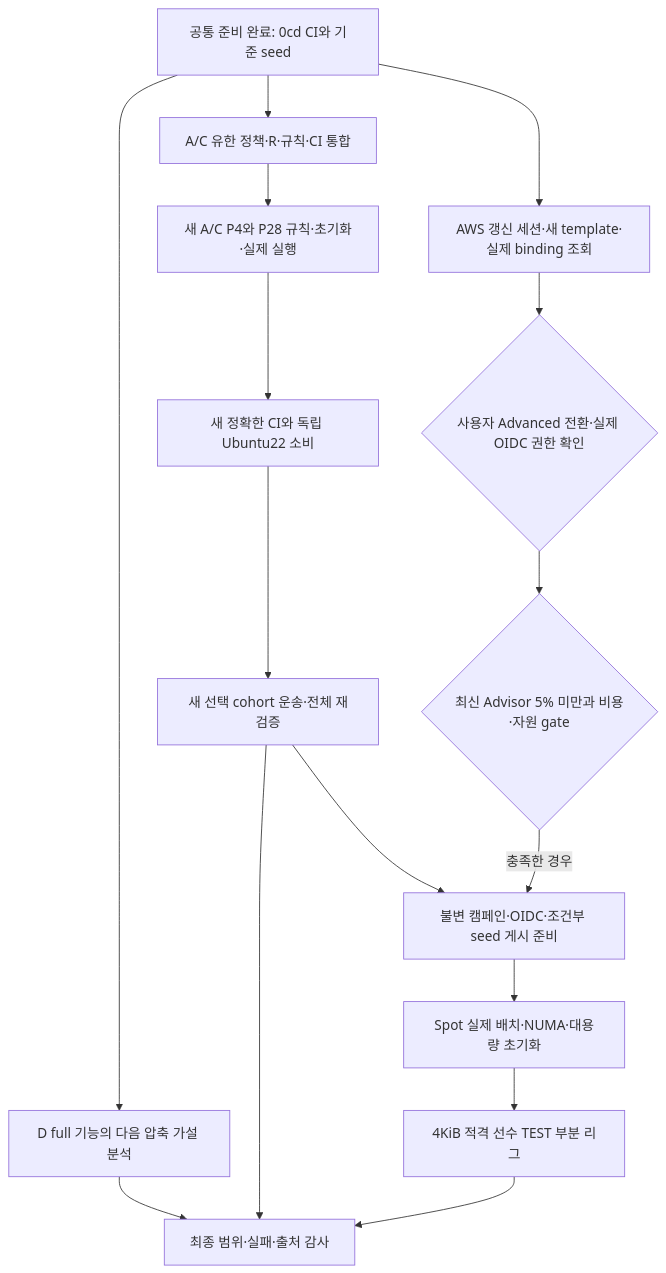
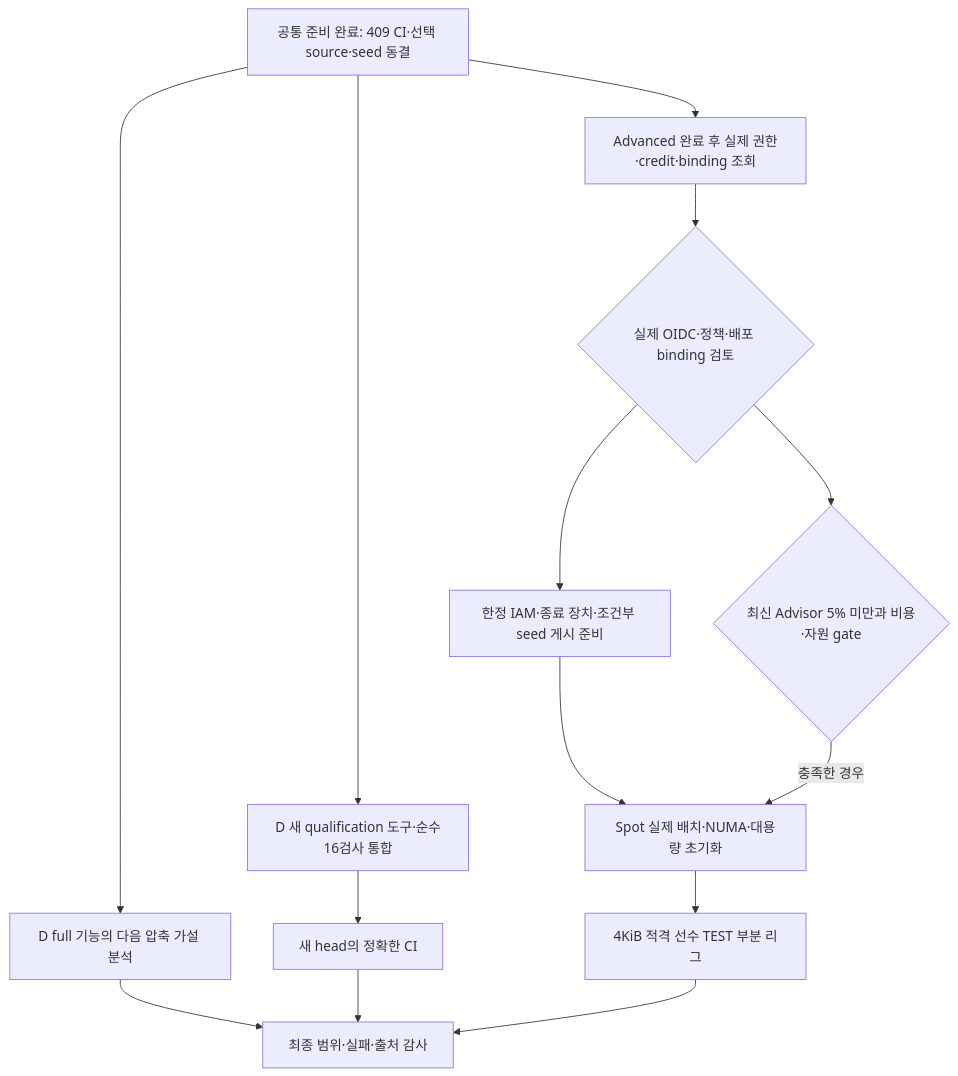
Before and after one commit to daejunnom/Rove4k: the fourth of 4 diagrams in docs/ENGINE-PLAN.ko.md, drawn with Mermaid. The commit also changed other lines of this file and 5 other files, not shown here.

````diff
--- a/docs/ENGINE-PLAN.ko.md
+++ b/docs/ENGINE-PLAN.ko.md
@@ -570,18 +593,16 @@
 ```mermaid
 flowchart TD
-  P[공통 준비 완료: 0cd CI와 기준 seed] --> S[A/C 유한 정책·R·규칙·CI 통합]
+  P[공통 준비 완료: 409 CI·선택 source·seed 동결] --> S[D 새 qualification 도구·순수16검사 통합]
   P --> D[D full 기능의 다음 압축 가설 분석]
-  P --> B[AWS 갱신 세션·새 template·실제 binding 조회]
-  S --> V[새 A/C P4와 P28 규칙·초기화·실제 실행]
-  V --> C[새 정확한 CI와 독립 Ubuntu22 소비]
-  C --> T[새 선택 cohort 운송·전체 재검증]
-  B --> Q{사용자 Advanced 전환·실제 OIDC 권한 확인}
+  P --> B[Advanced 완료 후 실제 권한·credit·binding 조회]
+  S --> C[새 head의 정확한 CI]
+  B --> Q{실제 OIDC·정책·배포 binding 검토}
+  Q --> H[한정 IAM·종료 장치·조건부 seed 게시 준비]
   Q --> G{최신 Advisor 5% 미만과 비용·자원 gate}
-  T --> H[불변 캠페인·OIDC·조건부 seed 게시 준비]
-  G -->|충족한 경우| H
   H --> N[Spot 실제 배치·NUMA·대용량 초기화]
+  G -->|충족한 경우| N
   N --> L[4KiB 적격 선수 TEST 부분 리그]
   D --> A[최종 범위·실패·출처 감사]
-  T --> A
+  C --> A
   L --> A
 ```
````
